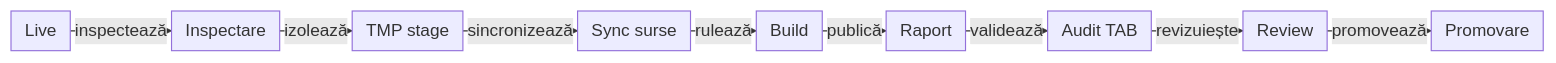
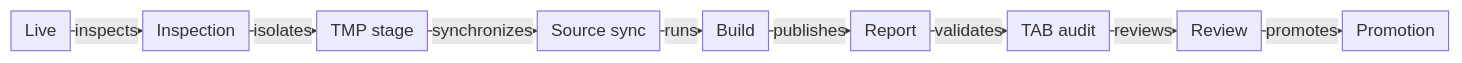
One commit to crististefanita/atf_j0 changed the first of 6 diagrams in docs/ATF_Build_And_Execution_Safety.md. Above: the diagram before and after it, drawn with Mermaid. The commit also changed other lines of this file and 113 other files, not shown here.

````diff
--- a/docs/ATF_Build_And_Execution_Safety.md
+++ b/docs/ATF_Build_And_Execution_Safety.md
@@ -15,12 +21,12 @@
 ```mermaid
 %%{init: {"themeVariables":{"fontSize":"15px"},"themeCSS":".nodeLabel, .nodeLabel p { font-size: 15px !important; line-height: 1.35 !important; } .edgeLabel, .edgeLabel p { font-size: 12px !important; font-weight: 400 !important; line-height: 1.2 !important; } .edgeLabel .labelBkg, .edgeLabel p { background: transparent !important; } .edgeLabel foreignObject { transform: translateY(-18px); overflow: visible; } .node rect { rx: 6px; ry: 6px; }","flowchart":{"curve":"linear","nodeSpacing":24,"rankSpacing":8,"padding":6,"diagramPadding":20}}}%%
 flowchart LR
-    Live["Live"] -->|inspectează| Inspect["Inspectare"]
-    Inspect -->|izolează| Stage["TMP stage"]
-    Stage -->|sincronizează| Sync["Sync surse"]
-    Sync -->|rulează| Build["Build"]
-    Build -->|publică| Report["Raport"]
-    Report -->|validează| MCP["Audit TAB"]
-    MCP -->|revizuiește| Review["Review"]
-    Review -->|promovează| SyncBack["Promovare"]
+    Live["Live"] -->|inspects| Inspect["Inspection"]
+    Inspect -->|isolates| Stage["TMP stage"]
+    Stage -->|synchronizes| Sync["Source sync"]
+    Sync -->|runs| Build["Build"]
+    Build -->|publishes| Report["Report"]
+    Report -->|validates| MCP["TAB audit"]
+    MCP -->|reviews| Review["Review"]
+    Review -->|promotes| SyncBack["Promotion"]
 ```
````
